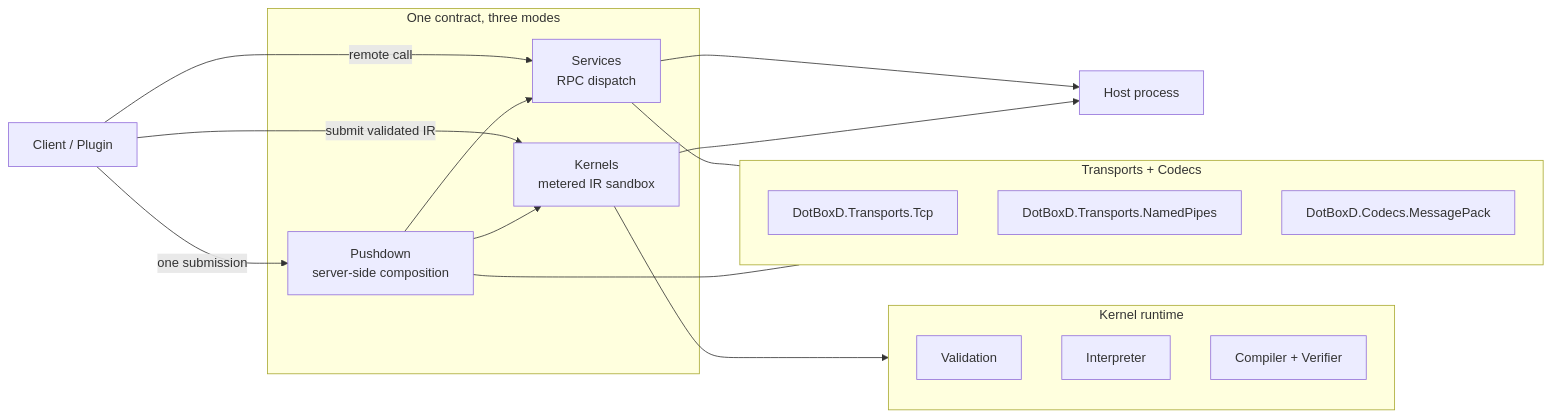
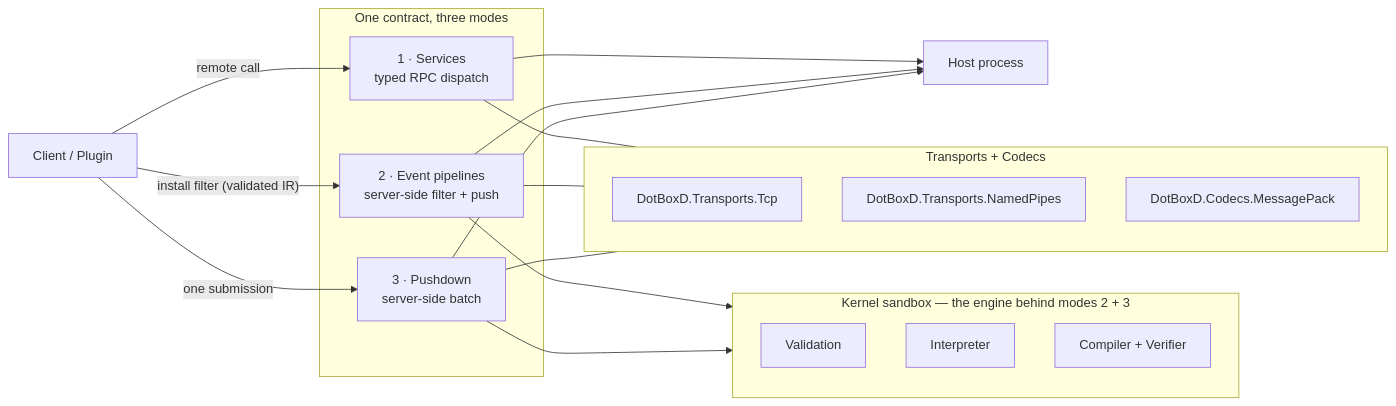
One commit to JKamsker/DotBoxD changed the diagram in README.md. Above: the diagram before and after it, drawn with Mermaid. The commit also changed other lines of this file and 15 other files, not shown here.

````diff
--- a/README.md
+++ b/README.md
@@ -252,37 +263,38 @@
 ```mermaid
 flowchart LR
     Client["Client / Plugin"]
     Host["Host process"]
 
     subgraph Modes["One contract, three modes"]
-        Services["Services<br/>RPC dispatch"]
-        Kernels["Kernels<br/>metered IR sandbox"]
-        Pushdown["Pushdown<br/>server-side composition"]
+        Services["1 · Services<br/>typed RPC dispatch"]
+        Events["2 · Event pipelines<br/>server-side filter + push"]
+        Pushdown["3 · Pushdown<br/>server-side batch"]
     end
 
     Client -->|"remote call"| Services
-    Client -->|"submit validated IR"| Kernels
+    Client -->|"install filter (validated IR)"| Events
     Client -->|"one submission"| Pushdown
 
     Services --> Host
-    Kernels --> Host
-    Pushdown --> Kernels
-    Pushdown --> Services
+    Events --> Host
+    Pushdown --> Host
 
     subgraph Channels["Transports + Codecs"]
         Tcp["DotBoxD.Transports.Tcp"]
         Pipes["DotBoxD.Transports.NamedPipes"]
         MsgPack["DotBoxD.Codecs.MessagePack"]
     end
 
     Services --- Channels
+    Events --- Channels
     Pushdown --- Channels
 
-    subgraph Runtime["Kernel runtime"]
+    subgraph Runtime["Kernel sandbox — the engine behind modes 2 + 3"]
         Validation["Validation"]
         Interp["Interpreter"]
         Compiler["Compiler + Verifier"]
     end
 
-    Kernels --> Runtime
+    Events --> Runtime
+    Pushdown --> Runtime
 ```
````
